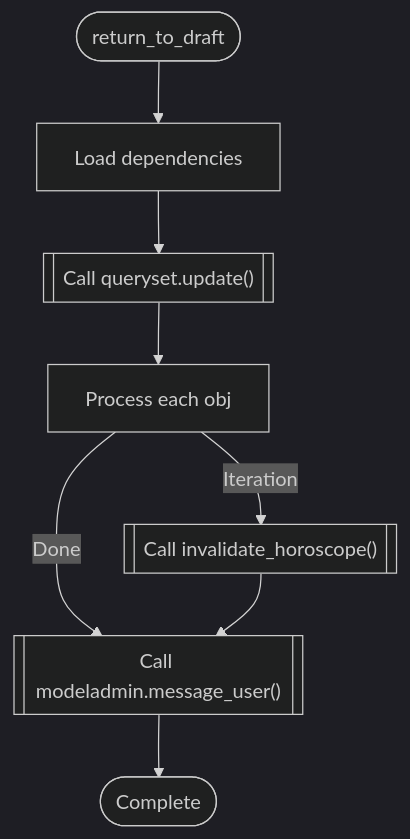
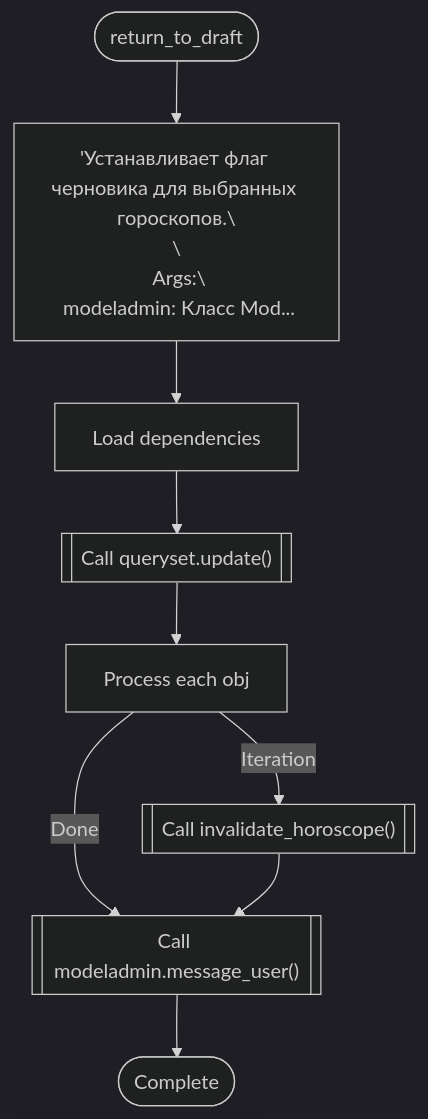
The sixth of 59 diagrams in codedebrief-out/codedebrief.md (ihrusl05-rgb/Factoscope), drawn with Mermaid (dark theme) before and after one commit. The commit also changed other lines of this file and 20 other files, not shown here.

````diff
--- a/codedebrief-out/codedebrief.md
+++ b/codedebrief-out/codedebrief.md
@@ -219,17 +225,19 @@
 ```mermaid
 flowchart TD
   mflow_b5d041473331b06e_n1(["return_to_draft"])
-  mflow_b5d041473331b06e_n2["Load dependencies"]
-  mflow_b5d041473331b06e_n3[["Call queryset.update()"]]
-  mflow_b5d041473331b06e_n4["Process each obj"]
-  mflow_b5d041473331b06e_n5[["Call invalidate_horoscope()"]]
-  mflow_b5d041473331b06e_n6[["Call modeladmin.message_user()"]]
-  mflow_b5d041473331b06e_n7(["Complete"])
+  mflow_b5d041473331b06e_n2["'Устанавливает флаг черновика для выбранных гороскопов.\\n\\n Args:\\n modeladmin: Класс Mod..."]
+  mflow_b5d041473331b06e_n3["Load dependencies"]
+  mflow_b5d041473331b06e_n4[["Call queryset.update()"]]
+  mflow_b5d041473331b06e_n5["Process each obj"]
+  mflow_b5d041473331b06e_n6[["Call invalidate_horoscope()"]]
+  mflow_b5d041473331b06e_n7[["Call modeladmin.message_user()"]]
+  mflow_b5d041473331b06e_n8(["Complete"])
   mflow_b5d041473331b06e_n1 --> mflow_b5d041473331b06e_n2
   mflow_b5d041473331b06e_n2 --> mflow_b5d041473331b06e_n3
   mflow_b5d041473331b06e_n3 --> mflow_b5d041473331b06e_n4
-  mflow_b5d041473331b06e_n4 -->|"Iteration"| mflow_b5d041473331b06e_n5
-  mflow_b5d041473331b06e_n4 -->|"Done"| mflow_b5d041473331b06e_n6
-  mflow_b5d041473331b06e_n5 --> mflow_b5d041473331b06e_n6
+  mflow_b5d041473331b06e_n4 --> mflow_b5d041473331b06e_n5
+  mflow_b5d041473331b06e_n5 -->|"Iteration"| mflow_b5d041473331b06e_n6
+  mflow_b5d041473331b06e_n5 -->|"Done"| mflow_b5d041473331b06e_n7
   mflow_b5d041473331b06e_n6 --> mflow_b5d041473331b06e_n7
+  mflow_b5d041473331b06e_n7 --> mflow_b5d041473331b06e_n8
 ```
````
